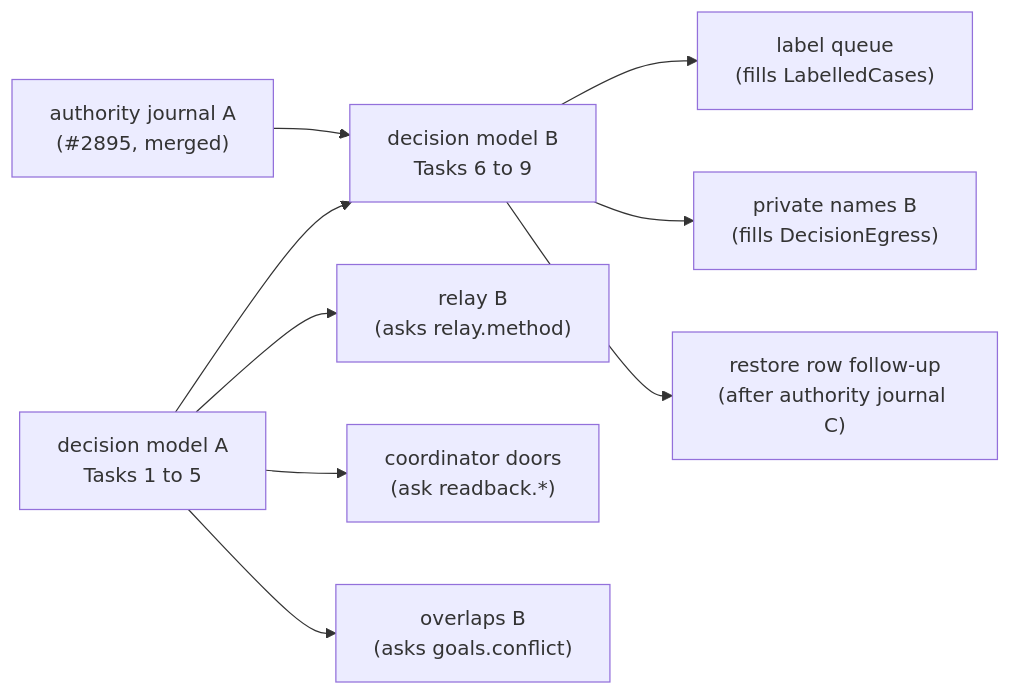
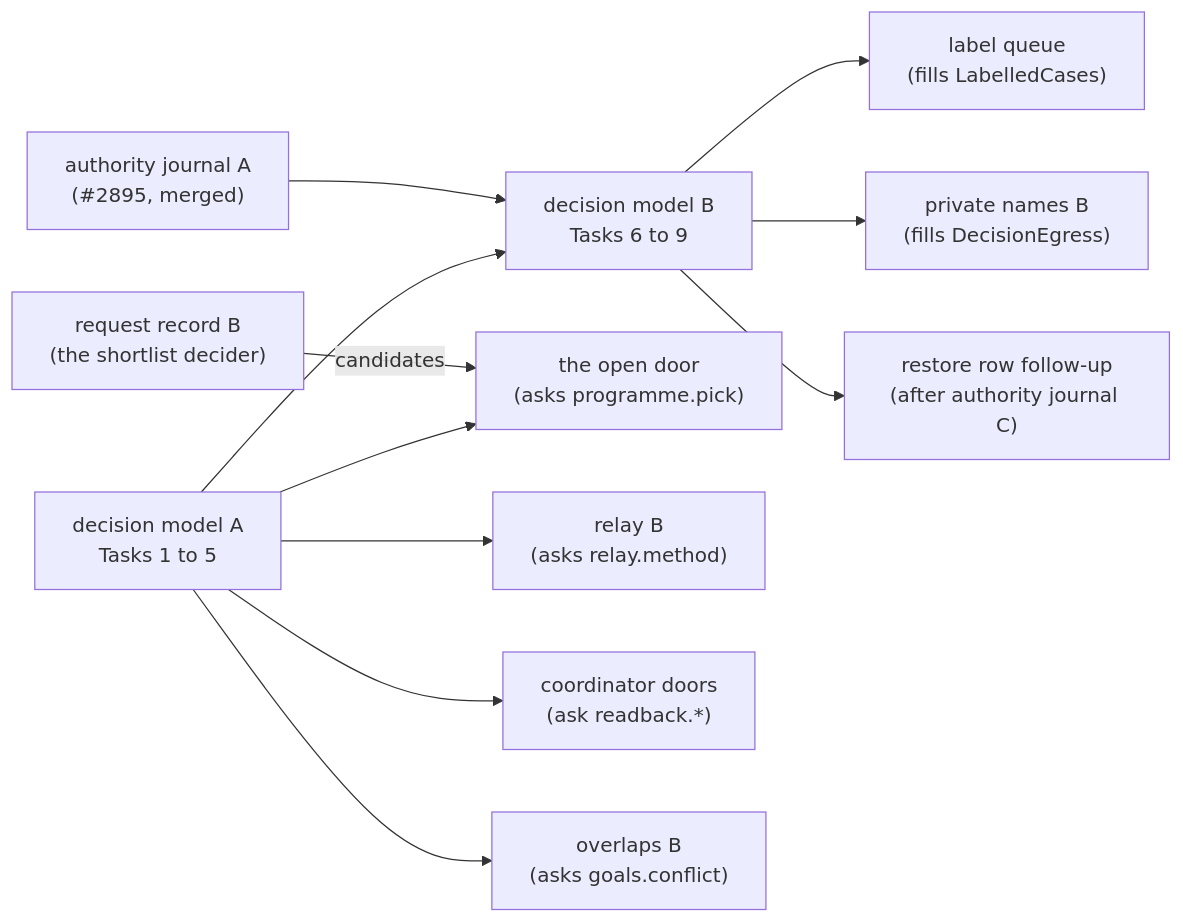
Before and after one commit to Synapsium-Labs/ccrc-pwa: the second of 2 diagrams in docs/superpowers/plans/2026-11-16-overlord-w2/w2-decision-model.md, drawn with Mermaid. The commit also changed other lines of this file, not shown here.

````diff
--- a/docs/superpowers/plans/2026-11-16-overlord-w2/w2-decision-model.md
+++ b/docs/superpowers/plans/2026-11-16-overlord-w2/w2-decision-model.md
@@ -382,11 +393,13 @@
 ```mermaid
 flowchart LR
   AJA["authority journal A<br/>(#2895, merged)"] --> DMB["decision model B<br/>Tasks 6 to 9"]
   DMA["decision model A<br/>Tasks 1 to 5"] --> DMB
   DMB --> LQ["label queue<br/>(fills LabelledCases)"]
   DMB --> PNB["private names B<br/>(fills DecisionEgress)"]
+  RRB["request record B<br/>(the shortlist decider)"] -->|"candidates"| PP["the open door<br/>(asks programme.pick)"]
+  DMA --> PP
   DMA --> RLB["relay B<br/>(asks relay.method)"]
   DMA --> CD["coordinator doors<br/>(ask readback.*)"]
   DMA --> OVB["overlaps B<br/>(asks goals.conflict)"]
   DMB --> RS["restore row follow-up<br/>(after authority journal C)"]
 ```
````
